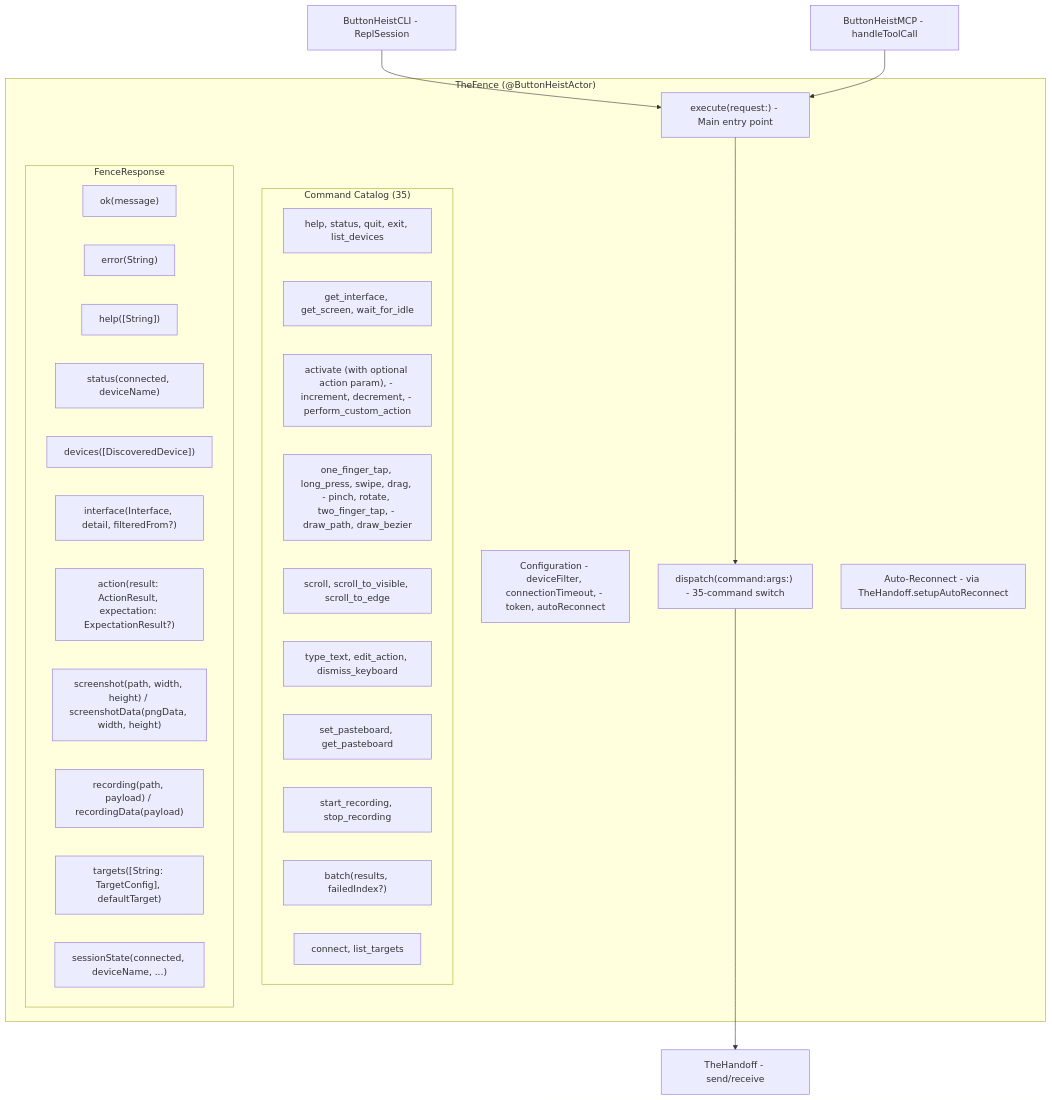
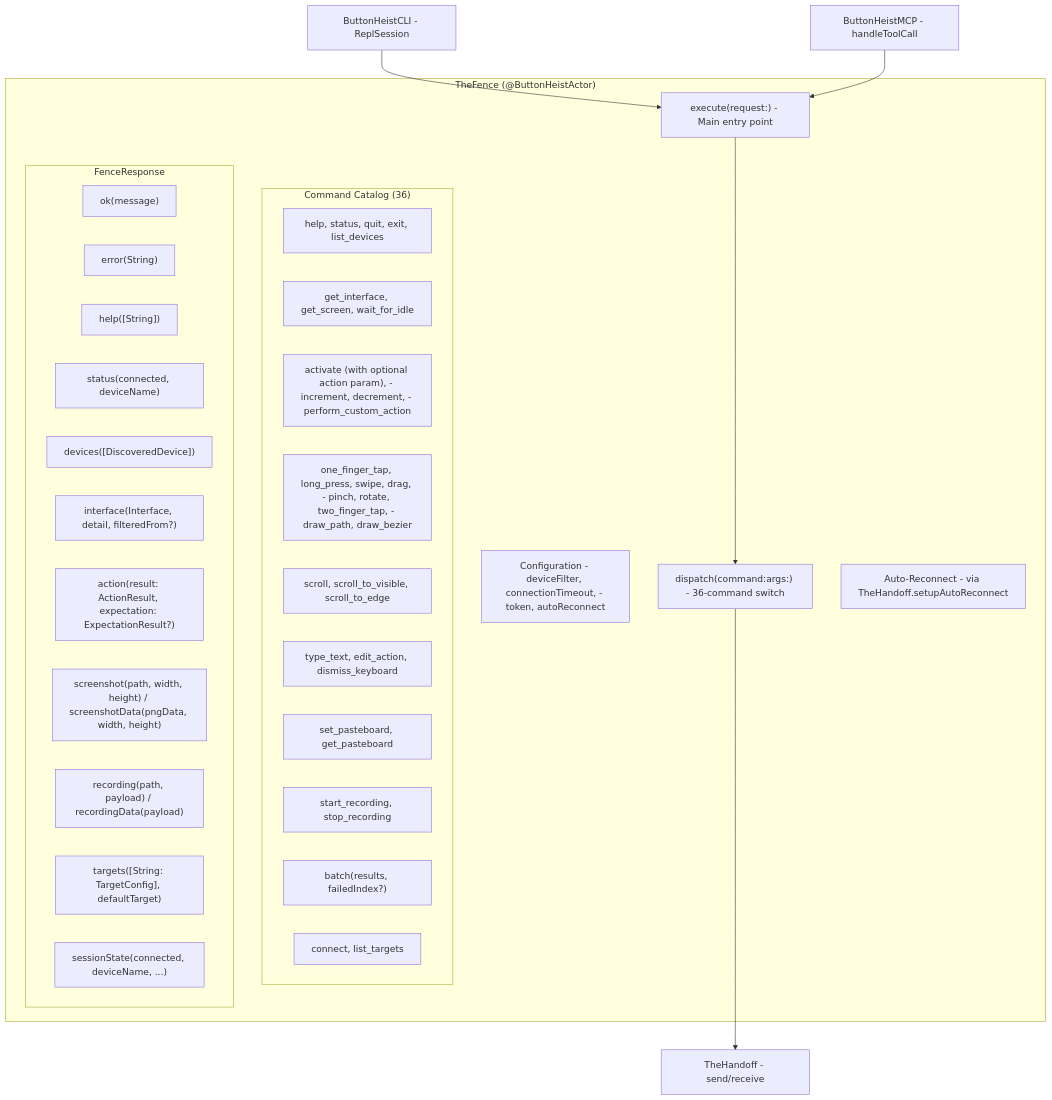
Before and after one commit to RoyalPineapple/TheButtonHeist: the first of 3 diagrams in docs/dossiers/10-THEFENCE.md, drawn with Mermaid. The commit also changed other lines of this file and 61 other files, not shown here.

````diff
--- a/docs/dossiers/10-THEFENCE.md
+++ b/docs/dossiers/10-THEFENCE.md
@@ -25,42 +25,42 @@
 ```mermaid
 graph TD
     subgraph TheFence["TheFence (@ButtonHeistActor)"]
         Config["Configuration - deviceFilter, connectionTimeout, - token, autoReconnect"]
         Execute["execute(request:) - Main entry point"]
-        Dispatch["dispatch(command:args:) - 35-command switch"]
+        Dispatch["dispatch(command:args:) - 36-command switch"]
         Reconnect["Auto-Reconnect - via TheHandoff.setupAutoReconnect"]
 
-        subgraph Commands["Command Catalog (35)"]
+        subgraph Commands["Command Catalog (36)"]
             Conn["help, status, quit, exit, list_devices"]
             IF["get_interface, get_screen, wait_for_idle"]
             Access["activate (with optional action param), - increment, decrement, - perform_custom_action"]
             Gesture["one_finger_tap, long_press, swipe, drag, - pinch, rotate, two_finger_tap, - draw_path, draw_bezier"]
             Scroll["scroll, scroll_to_visible, scroll_to_edge"]
             Text["type_text, edit_action, dismiss_keyboard"]
             Pasteboard["set_pasteboard, get_pasteboard"]
             Rec["start_recording, stop_recording"]
-            Batch["run_batch, get_session_state"]
+            Batch["run_batch, get_session_state, wait_for"]
             Target["connect, list_targets"]
         end
 
         subgraph Response["FenceResponse"]
             Ok["ok(message)"]
             Err["error(String)"]
             Help["help([String])"]
             Status["status(connected, deviceName)"]
             DevList["devices([DiscoveredDevice])"]
             IFResp["interface(Interface, detail, filteredFrom?)"]
             Action["action(result: ActionResult, expectation: ExpectationResult?)"]
             Screenshot["screenshot(path, width, height) / screenshotData(pngData, width, height)"]
             Recording["recording(path, payload) / recordingData(payload)"]
             Targets["targets([String: TargetConfig], defaultTarget)"]
             Batch["batch(results, failedIndex?)"]
             SessionState["sessionState(connected, deviceName, ...)"]
         end
     end
 
     CLI["ButtonHeistCLI - ReplSession"] --> Execute
     MCP["ButtonHeistMCP - handleToolCall"] --> Execute
     Execute --> Dispatch
     Dispatch --> Client["TheHandoff - send/receive"]
 ```
````
